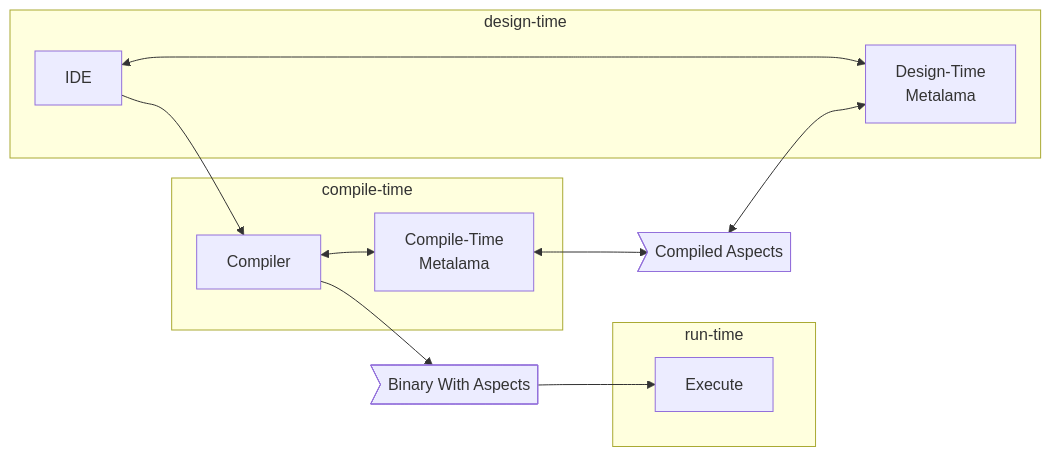
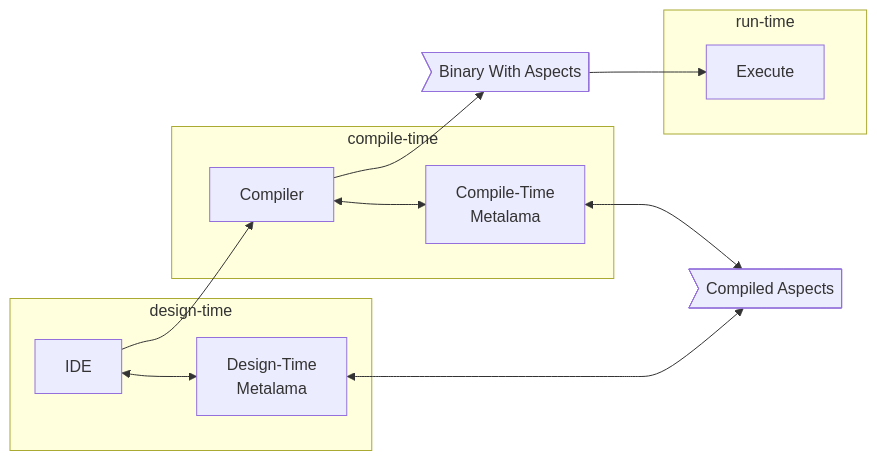
Before and after one commit to postsharp/Metalama.Documentation: the second of 6 diagrams in conceptual/migration/differences-from-postsharp.md, drawn with Mermaid. The commit also changed other lines of this file and 3 other files, not shown here.

Commit message:
Improved conceptual diagrams

````diff
--- a/conceptual/migration/differences-from-postsharp.md
+++ b/conceptual/migration/differences-from-postsharp.md
@@ -46,29 +46,25 @@
 ```mermaid
 
 flowchart LR
 
-
+  IDE --> Compiler --> output_dll>Binary With Aspects] --> Execute
+  IDE <--> Metalama2
+  Metalama2 <--> compiledAspects
   Compiler <--> Metalama
-  IDE <--> Metalama2
-  IDE --> Compiler --> output_dll>Binary With Aspects] --> Execute
-  Metalama <--> compiledAspects>Compiled Aspects] <--> Metalama2
-
+  Metalama <--> compiledAspects>Compiled Aspects]
   
   subgraph compile-time
-  Compiler
-  Metalama[Compile-Time\nMetalama]
+    Compiler
+    Metalama[Compile-Time\nMetalama]
   end
 
   subgraph design-time
-   IDE 
-   Metalama2[Design-Time\nMetalama]
+    IDE 
+    Metalama2[Design-Time\nMetalama]
   end
 
   subgraph run-time
-  Execute
+    Execute
   end
 
-
-
-
 ```
````
